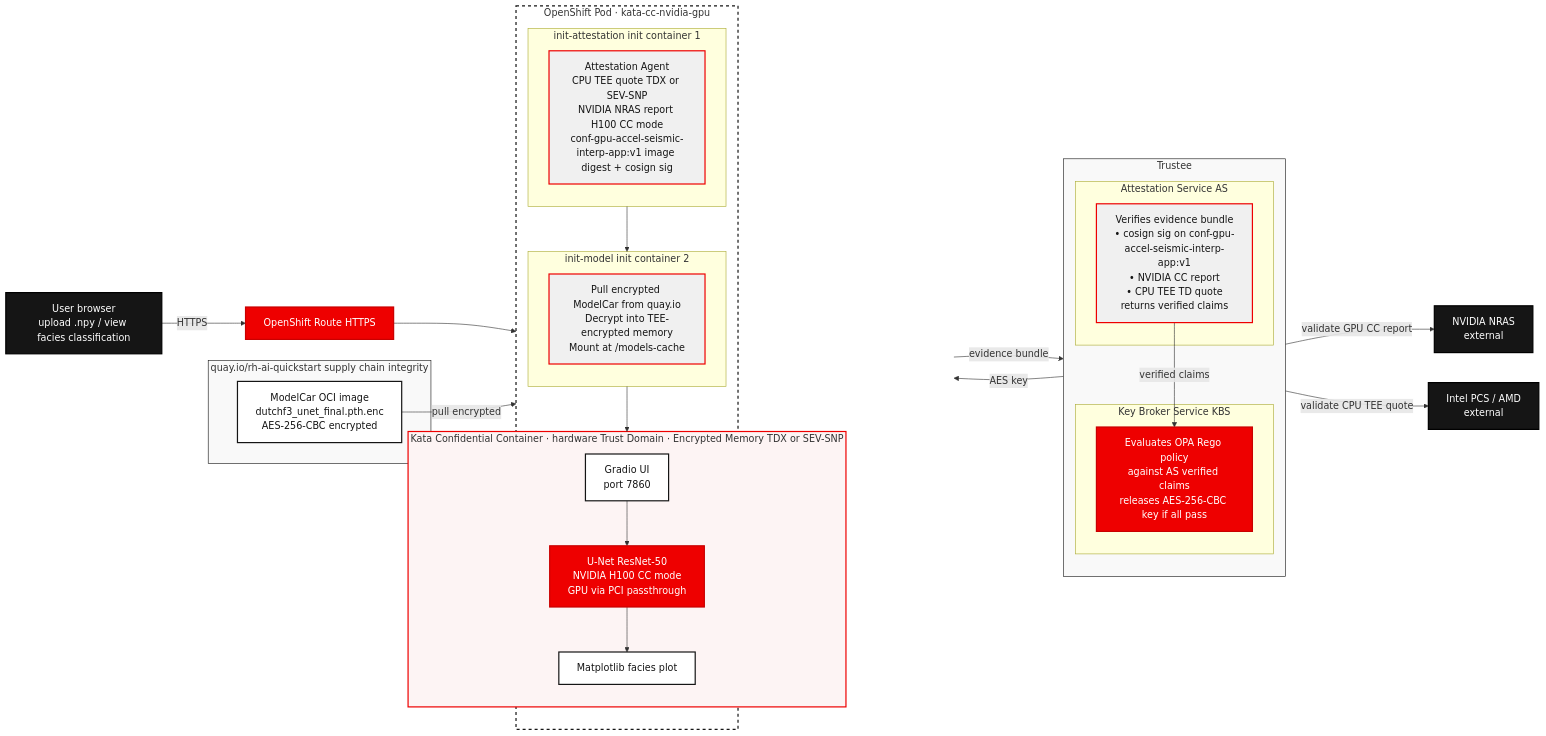
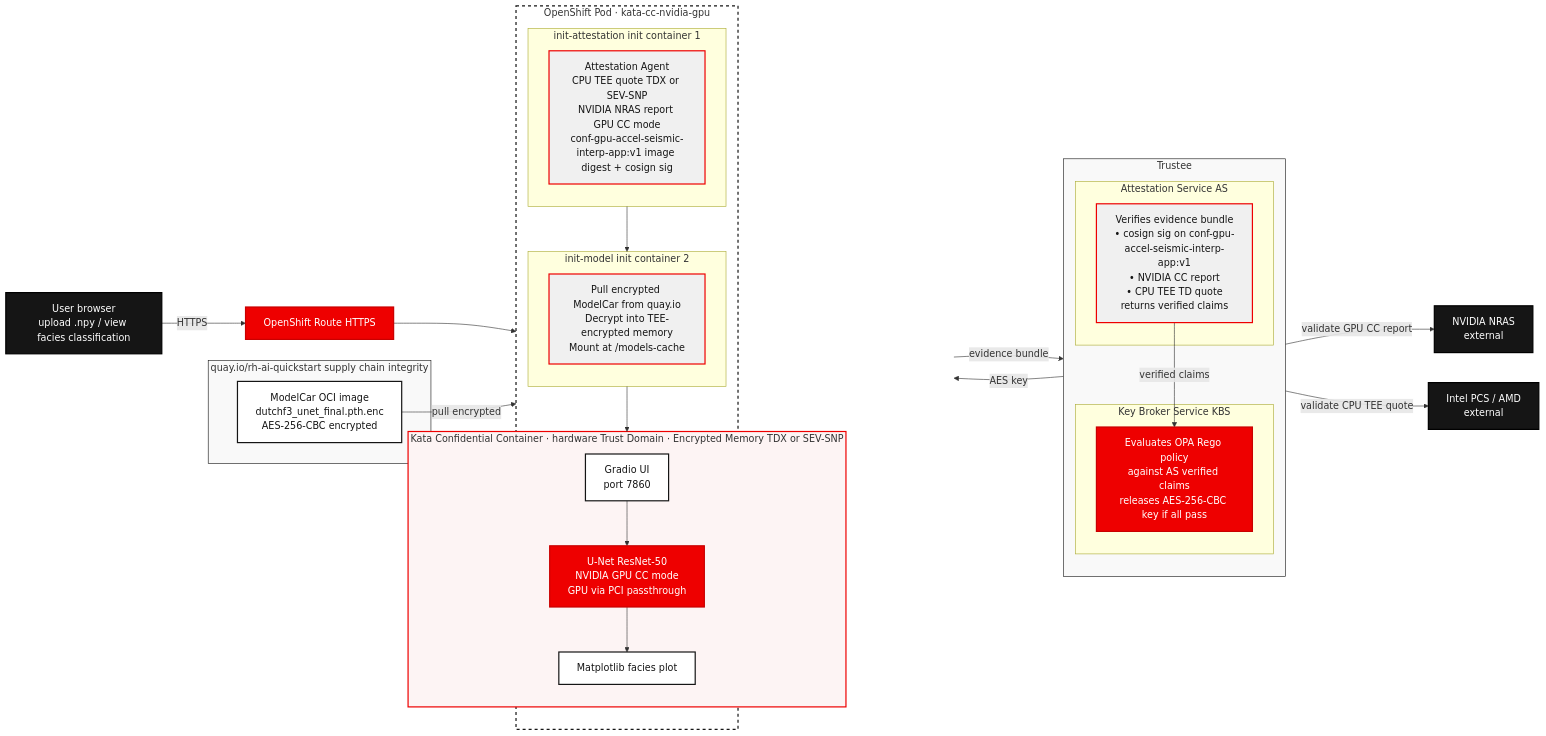
The diagram in README.md (lkatalin/confidential-gpu-accelerated-seismic-interpretation), drawn with Mermaid before and after one commit. The commit also changed other lines of this file, not shown here.

````diff
--- a/README.md
+++ b/README.md
@@ -128,60 +125,60 @@
 ```mermaid
 flowchart LR
     %% Red Hat Class Definitions
     classDef default fill:#F0F0F0,stroke:#EE0000,stroke-width:2px,color:#151515;
     classDef rhRed fill:#EE0000,stroke:#C90000,stroke-width:2px,color:#FFFFFF;
     classDef rhBlack fill:#151515,stroke:#000000,stroke-width:2px,color:#FFFFFF;
     classDef rhOutline fill:#FFFFFF,stroke:#151515,stroke-width:2px,color:#151515;
 
     Browser["User browser\nupload .npy / view facies classification"]:::rhBlack
     Route["OpenShift Route HTTPS"]:::rhRed
     Browser -->|HTTPS| Route
 
     subgraph Quay["quay.io/rh-ai-quickstart  supply chain integrity"]
         ModelCar["ModelCar OCI image\ndutchf3_unet_final.pth.enc\nAES-256-CBC encrypted"]:::rhOutline
     end
 
     subgraph Trustee["Trustee"]
         direction TB
         subgraph AS["Attestation Service AS"]
             ASVerify["Verifies evidence bundle\n• cosign sig on conf-gpu-accel-seismic-interp-app:v1\n• NVIDIA CC report\n• CPU TEE TD quote\nreturns verified claims"]:::default
         end
         subgraph KBS["Key Broker Service KBS"]
             KBSPolicy["Evaluates OPA Rego policy\nagainst AS verified claims\nreleases AES-256-CBC key if all pass"]:::rhRed
         end
         ASVerify -->|verified claims| KBSPolicy
     end
 
     NRAS["NVIDIA NRAS\nexternal"]:::rhBlack
     PCS["Intel PCS / AMD\nexternal"]:::rhBlack
     ASVerify -->|validate GPU CC report| NRAS
     ASVerify -->|validate CPU TEE quote| PCS
 
     subgraph Pod["OpenShift Pod · kata-cc-nvidia-gpu"]
         direction TB
         subgraph Init1["init-attestation  init container 1"]
-            Agent["Attestation Agent\nCPU TEE quote TDX or SEV-SNP\nNVIDIA NRAS report H100 CC mode\nconf-gpu-accel-seismic-interp-app:v1 image digest + cosign sig"]:::default
+            Agent["Attestation Agent\nCPU TEE quote TDX or SEV-SNP\nNVIDIA NRAS report GPU CC mode\nconf-gpu-accel-seismic-interp-app:v1 image digest + cosign sig"]:::default
         end
         subgraph Init2["init-model  init container 2"]
             ModelPull["Pull encrypted ModelCar from quay.io\nDecrypt into TEE-encrypted memory\nMount at /models-cache"]:::default
         end
         subgraph CC["Kata Confidential Container · hardware Trust Domain · Encrypted Memory TDX or SEV-SNP"]
             Gradio["Gradio UI\nport 7860"]:::rhOutline
-            UNet["U-Net ResNet-50\nNVIDIA H100 CC mode\nGPU via PCI passthrough"]:::rhRed
+            UNet["U-Net ResNet-50\nNVIDIA GPU CC mode\nGPU via PCI passthrough"]:::rhRed
             Plot["Matplotlib facies plot"]:::rhOutline
         end
         Init1 --> Init2 --> CC
         Gradio --> UNet --> Plot
     end
 
     Route --> Gradio
     Agent -->|evidence bundle| AS
     KBSPolicy -->|AES key| Init1
     ModelCar -->|pull encrypted| ModelPull
 
     %% Subgraph Styling for cleaner boundaries
     style Pod fill:#ffffff,stroke:#151515,stroke-width:2px,stroke-dasharray: 5 5
     style CC fill:#fdf4f4,stroke:#EE0000,stroke-width:2px
     style Trustee fill:#f9f9f9,stroke:#151515,stroke-width:1px
     style Quay fill:#f9f9f9,stroke:#151515,stroke-width:1px
 ```
````
